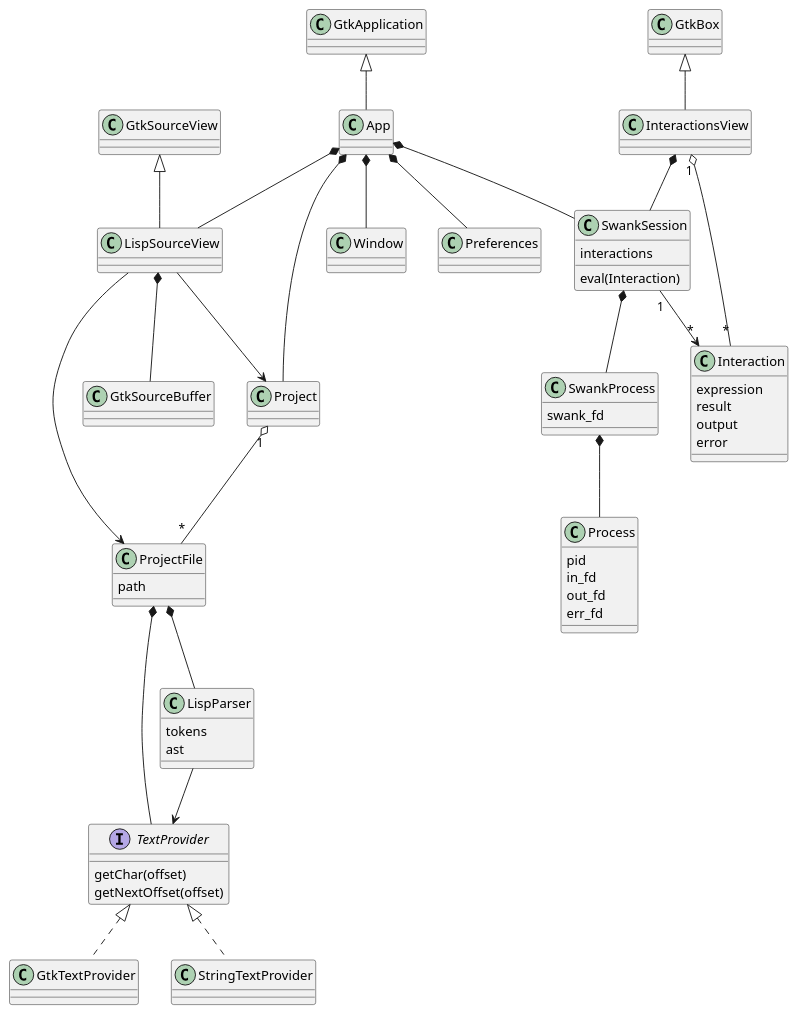
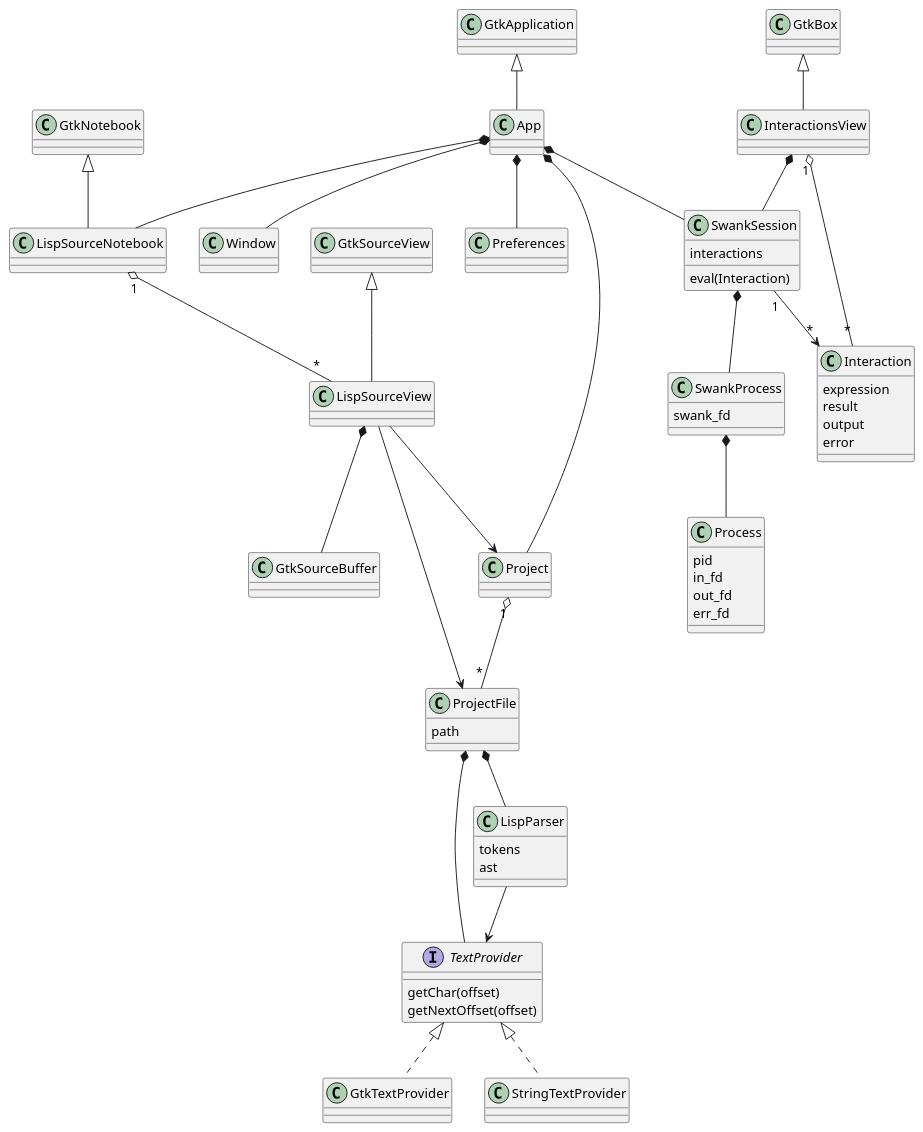
One commit to JeromeA/glide changed the diagram in doc/classes.plantuml. Above: the diagram before and after it, drawn with PlantUML. The commit also changed 7 other files, not shown here.

Commit message:
Refactor source list and remove unused view ctor

```diff
--- a/doc/classes.plantuml
+++ b/doc/classes.plantuml
@@ -1,49 +1,51 @@
 @startuml
 
 GtkApplication <|-- App
 App *-- Project
 App *-- SwankSession
 App *-- Window
-App *-- LispSourceView
+App *-- LispSourceNotebook
 App *-- Preferences
 
 GtkSourceView <|-- LispSourceView
 LispSourceView *-- GtkSourceBuffer
 LispSourceView --> Project
 LispSourceView --> ProjectFile
+GtkNotebook <|-- LispSourceNotebook
+LispSourceNotebook "1" o-- "*" LispSourceView
 
 Project "1" o-- "*" ProjectFile
 
 ProjectFile *-- LispParser
 ProjectFile *-- TextProvider
 ProjectFile : path
 
 GtkBox <|-- InteractionsView
 InteractionsView "1" o-- "*" Interaction
 InteractionsView *-- SwankSession
 Interaction : expression
 Interaction : result
 Interaction : output
 Interaction : error
 SwankSession : eval(Interaction)
 SwankSession : interactions
 SwankSession "1" --> "*" Interaction
 SwankSession *-- SwankProcess
 SwankProcess *-- Process
 SwankProcess : swank_fd
 
 Process : pid
 Process : in_fd
 Process : out_fd
 Process : err_fd
 
 LispParser : tokens
 LispParser : ast
 LispParser --> TextProvider
 interface TextProvider
 TextProvider <|.. GtkTextProvider
 TextProvider <|.. StringTextProvider
 TextProvider : getChar(offset)
 TextProvider : getNextOffset(offset)
 
 @enduml
```
